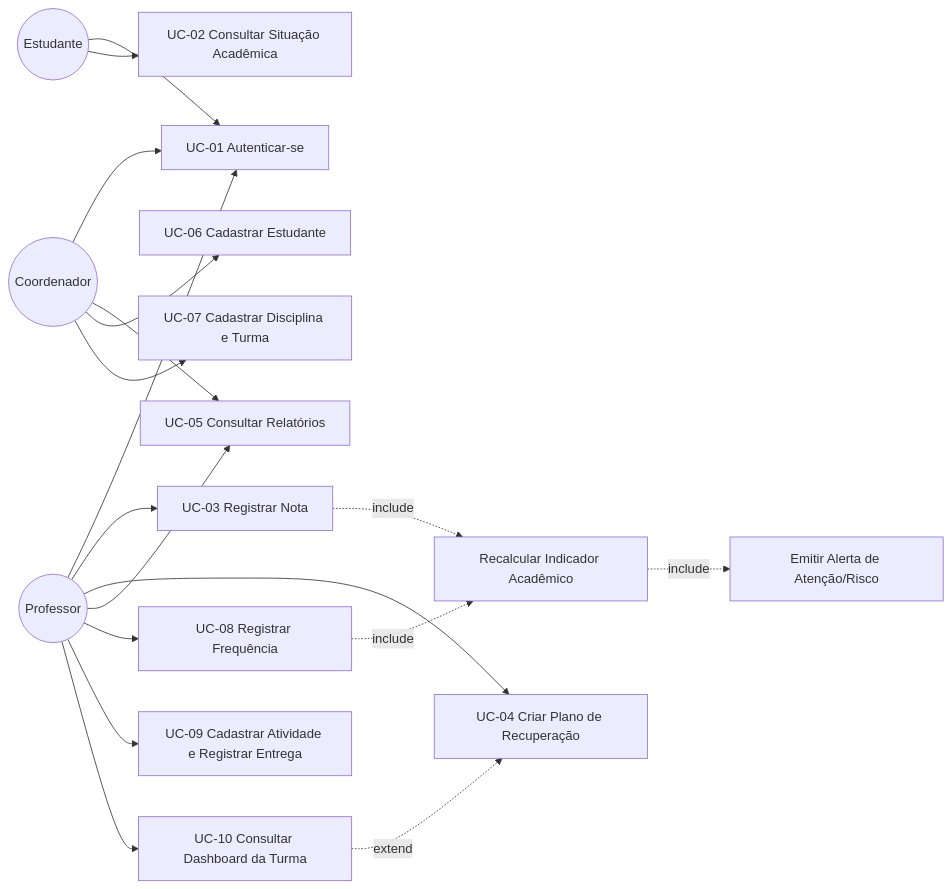
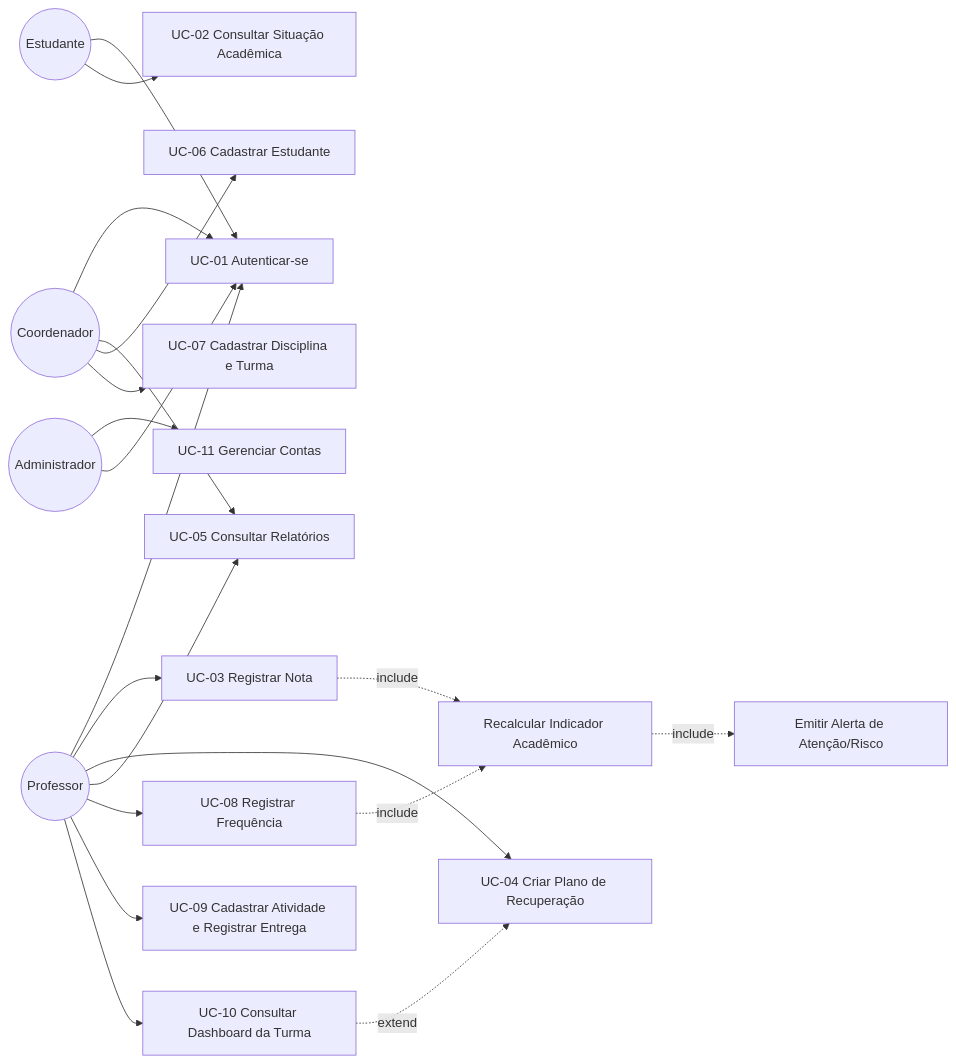
Before and after one commit to Arthurcl07/Study_Track_Project: the diagram in docs/casos-de-uso/casos-de-uso.md, drawn with Mermaid. The commit also changed other lines of this file and 9 other files, not shown here.

First line of the commit message:
docs: SPEC-010 (administrador e gestão de contas), RF-16, RB-13, RB-14 e protótipo

````diff
--- a/docs/casos-de-uso/casos-de-uso.md
+++ b/docs/casos-de-uso/casos-de-uso.md
@@ -5,26 +5,28 @@
 ```mermaid
 flowchart LR
     Estudante((Estudante))
     Professor((Professor))
     Coordenador((Coordenador))
 
     Estudante --> UC1[UC-01 Autenticar-se]
     Professor --> UC1
     Coordenador --> UC1
 
     Estudante --> UC2[UC-02 Consultar Situação Acadêmica]
     Professor --> UC3[UC-03 Registrar Nota]
     Professor --> UC4[UC-04 Criar Plano de Recuperação]
     Professor --> UC5[UC-05 Consultar Relatórios]
     Coordenador --> UC5
     Coordenador --> UC6[UC-06 Cadastrar Estudante]
     Coordenador --> UC7[UC-07 Cadastrar Disciplina e Turma]
     Professor --> UC8[UC-08 Registrar Frequência]
     Professor --> UC9[UC-09 Cadastrar Atividade e Registrar Entrega]
     Professor --> UC10[UC-10 Consultar Dashboard da Turma]
+    Administrador((Administrador)) --> UC11[UC-11 Gerenciar Contas]
+    Administrador --> UC1
 
     UC3 -.include.-> REC[Recalcular Indicador Acadêmico]
     UC8 -.include.-> REC
     REC -.include.-> ALE[Emitir Alerta de Atenção/Risco]
     UC10 -.extend.-> UC4
 ```
````
